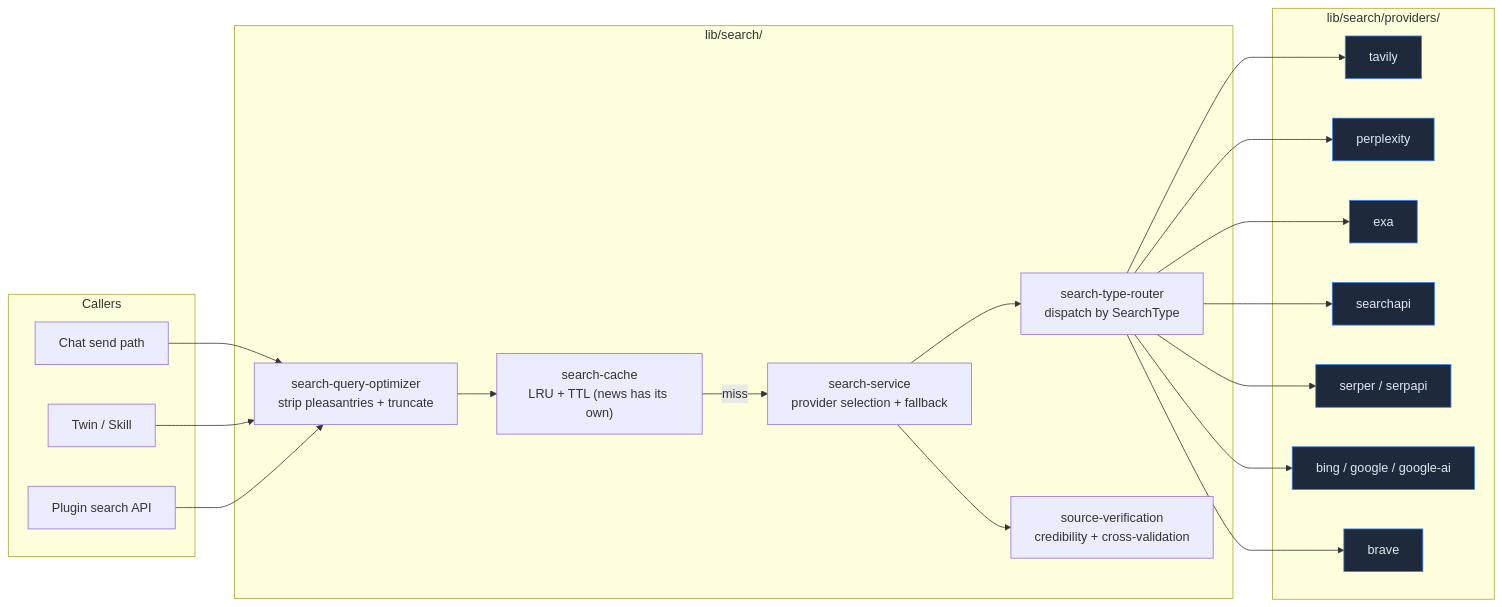
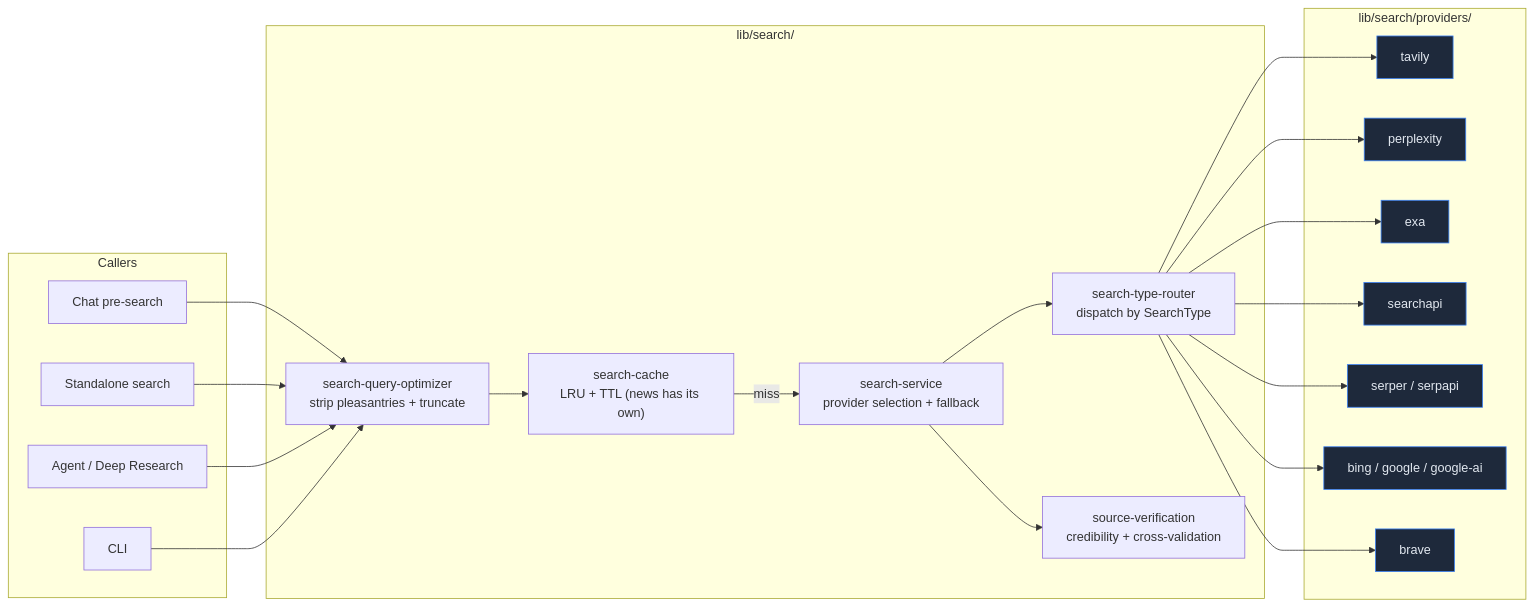
Before and after one commit to MaxQian888/cognia-next: the diagram in docs/content/docs/en/data/search-system.mdx, drawn with Mermaid. The commit also changed other lines of this file and 96 other files, not shown here.

First line of the commit message:
feat(search): configured search core and pre-turn Cognia Web sources

````diff
--- a/docs/content/docs/en/data/search-system.mdx
+++ b/docs/content/docs/en/data/search-system.mdx
@@ -22,43 +20,45 @@
 ```mermaid
 flowchart LR
   subgraph App["Callers"]
-    Chat["Chat send path"]
-    Twin["Twin / Skill"]
-    Plugin["Plugin search API"]
+    Chat["Chat pre-search"]
+    Page["Standalone search"]
+    Agent["Agent / Deep Research"]
+    CLI["CLI"]
   end
 
   subgraph Core["lib/search/"]
     Optimizer["search-query-optimizer<br/>strip pleasantries + truncate"]
     Cache["search-cache<br/>LRU + TTL (news has its own)"]
     Service["search-service<br/>provider selection + fallback"]
     Router["search-type-router<br/>dispatch by SearchType"]
     Verify["source-verification<br/>credibility + cross-validation"]
   end
 
   subgraph Providers["lib/search/providers/"]
     P1["tavily"]:::p
     P2["perplexity"]:::p
     P3["exa"]:::p
     P4["searchapi"]:::p
     P5["serper / serpapi"]:::p
     P6["bing / google / google-ai"]:::p
     P7["brave"]:::p
   end
 
   Chat --> Optimizer
-  Twin --> Optimizer
-  Plugin --> Optimizer
+  Page --> Optimizer
+  Agent --> Optimizer
+  CLI --> Optimizer
   Optimizer --> Cache
   Cache -- "miss" --> Service
   Service --> Router
   Router --> P1
   Router --> P2
   Router --> P3
   Router --> P4
   Router --> P5
   Router --> P6
   Router --> P7
   Service --> Verify
 
   classDef p fill:#1e293b,stroke:#3b82f6,color:#e2e8f0
 ```
````
